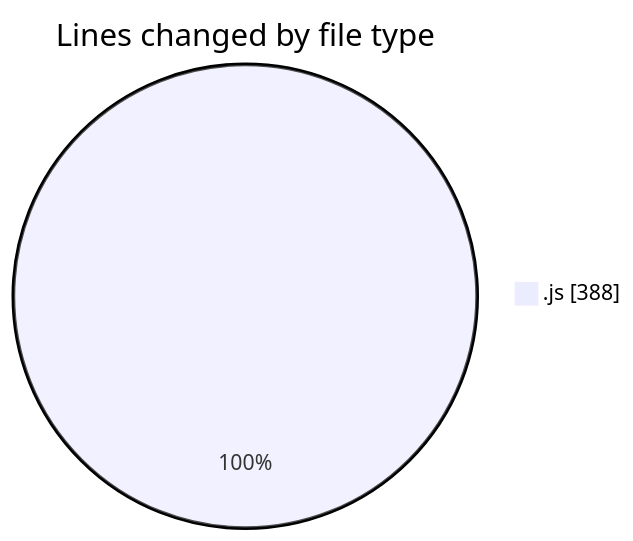
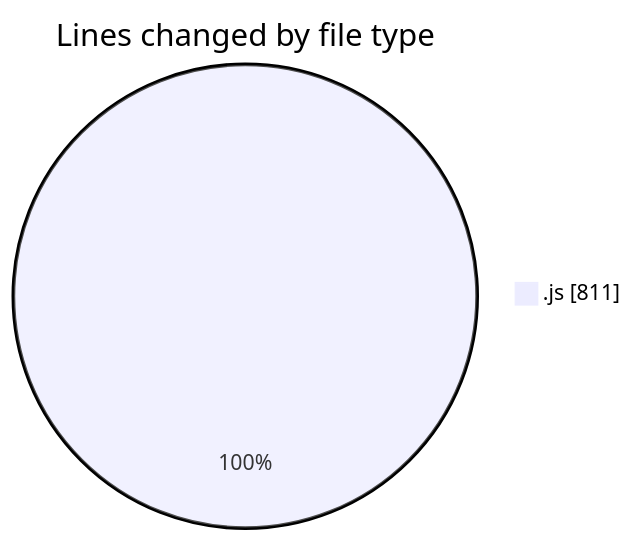
One commit to debugP/code-tracking changed the first of 2 diagrams in 2025-10-01/untitled__workspace_/README.md. Above: the diagram before and after it, drawn with Mermaid. The commit also changed other lines of this file and 1 other file, not shown here.

````diff
--- a/2025-10-01/untitled__workspace_/README.md
+++ b/2025-10-01/untitled__workspace_/README.md
@@ -20,5 +20,5 @@
 ```mermaid
 pie showData
 title Lines changed by file type
-".js" : 388
+".js" : 811
 ```
````
